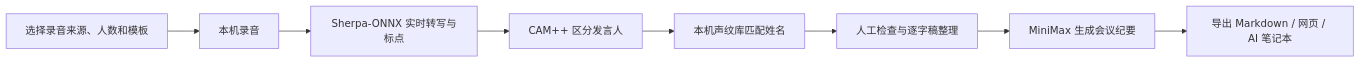
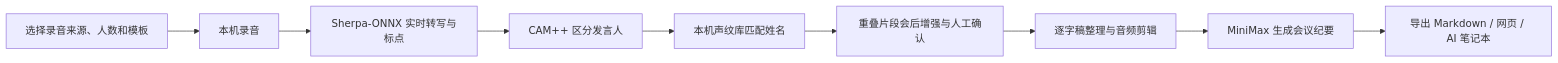
Before and after one commit to jizw0704-source/shiyin-ai-meeting-notes: the diagram in README.md, drawn with Mermaid. The commit also changed other lines of this file and 19 other files, not shown here.

````diff
--- a/README.md
+++ b/README.md
@@ -40,10 +41,11 @@
 ```mermaid
 flowchart LR
     A["选择录音来源、人数和模板"] --> B["本机录音"]
     B --> C["Sherpa-ONNX 实时转写与标点"]
     C --> D["CAM++ 区分发言人"]
     D --> E["本机声纹库匹配姓名"]
-    E --> F["人工检查与逐字稿整理"]
-    F --> G["MiniMax 生成会议纪要"]
+    E --> F["重叠片段会后增强与人工确认"]
+    F --> I["逐字稿整理与音频剪辑"]
+    I --> G["MiniMax 生成会议纪要"]
     G --> H["导出 Markdown / 网页 / AI 笔记本"]
 ```
````
